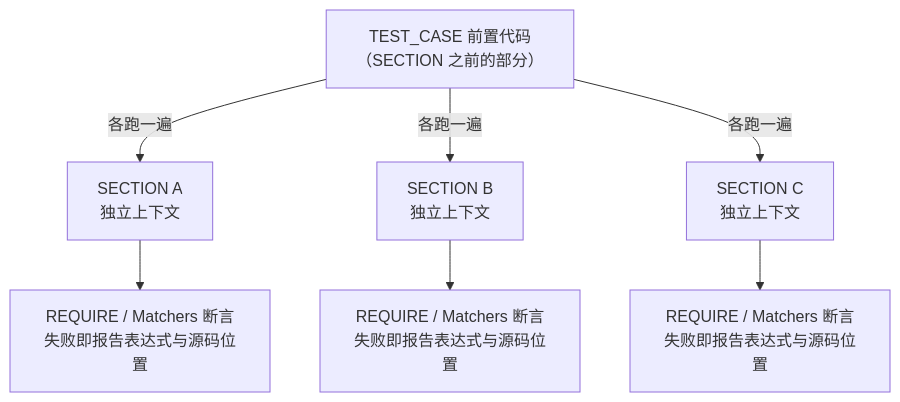
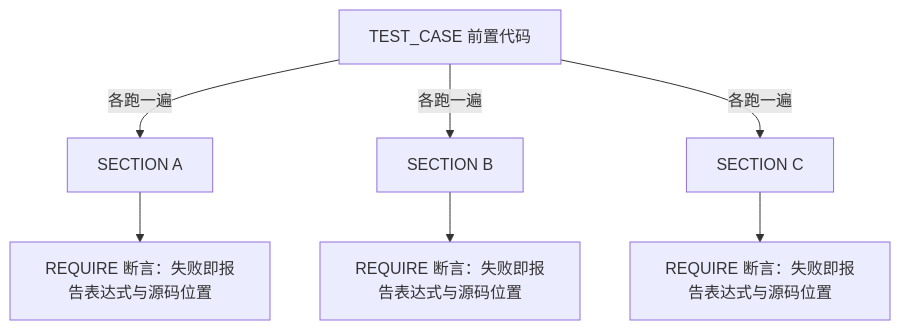
Before and after one commit to A1pha3/text-matrix: the diagram in content/posts/tech/catchorg-catch2-cpp-unit-test-framework-guide.md, drawn with Mermaid. The commit also changed other lines of this file and 8 other files, not shown here.

````diff
--- a/content/posts/tech/catchorg-catch2-cpp-unit-test-framework-guide.md
+++ b/content/posts/tech/catchorg-catch2-cpp-unit-test-framework-guide.md
@@ -33,9 +52,9 @@
 ```mermaid
 flowchart TD
-    TC["TEST_CASE 前置代码<br/>（SECTION 之前的部分）"] -->|各跑一遍| S1["SECTION A<br/>独立上下文"]
-    TC -->|各跑一遍| S2["SECTION B<br/>独立上下文"]
-    TC -->|各跑一遍| S3["SECTION C<br/>独立上下文"]
-    S1 --> R1["REQUIRE / Matchers 断言<br/>失败即报告表达式与源码位置"]
-    S2 --> R2["REQUIRE / Matchers 断言<br/>失败即报告表达式与源码位置"]
-    S3 --> R3["REQUIRE / Matchers 断言<br/>失败即报告表达式与源码位置"]
+    TC["TEST_CASE 前置代码"] -->|各跑一遍| S1["SECTION A"]
+    TC -->|各跑一遍| S2["SECTION B"]
+    TC -->|各跑一遍| S3["SECTION C"]
+    S1 --> R1["REQUIRE 断言：失败即报告表达式与源码位置"]
+    S2 --> R2["REQUIRE 断言：失败即报告表达式与源码位置"]
+    S3 --> R3["REQUIRE 断言：失败即报告表达式与源码位置"]
 ```
````
